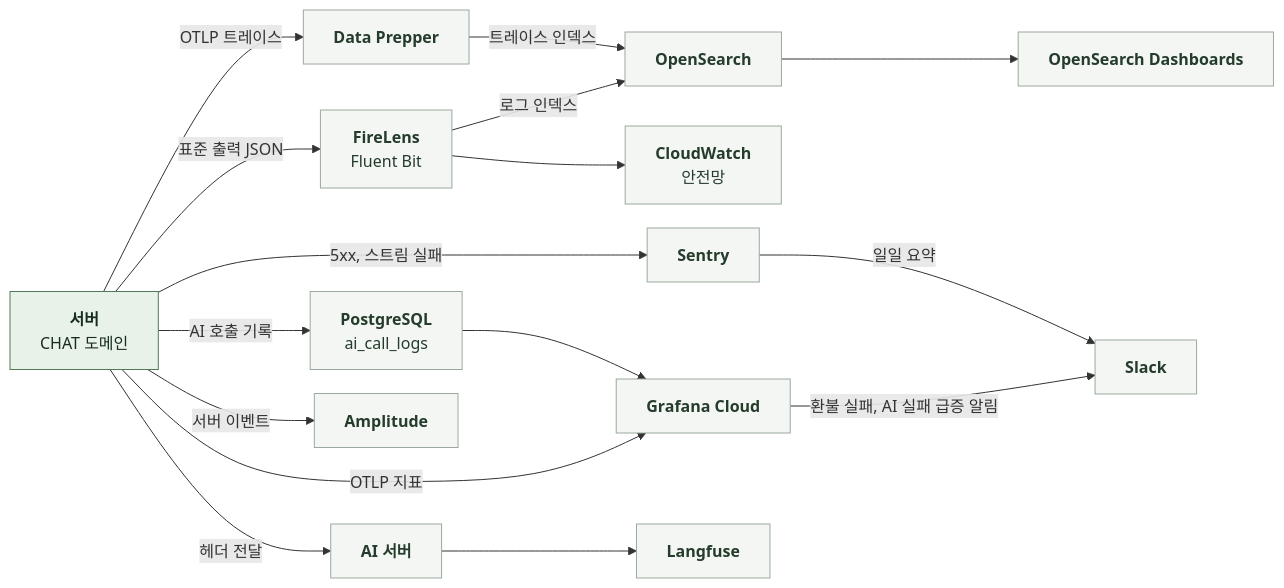
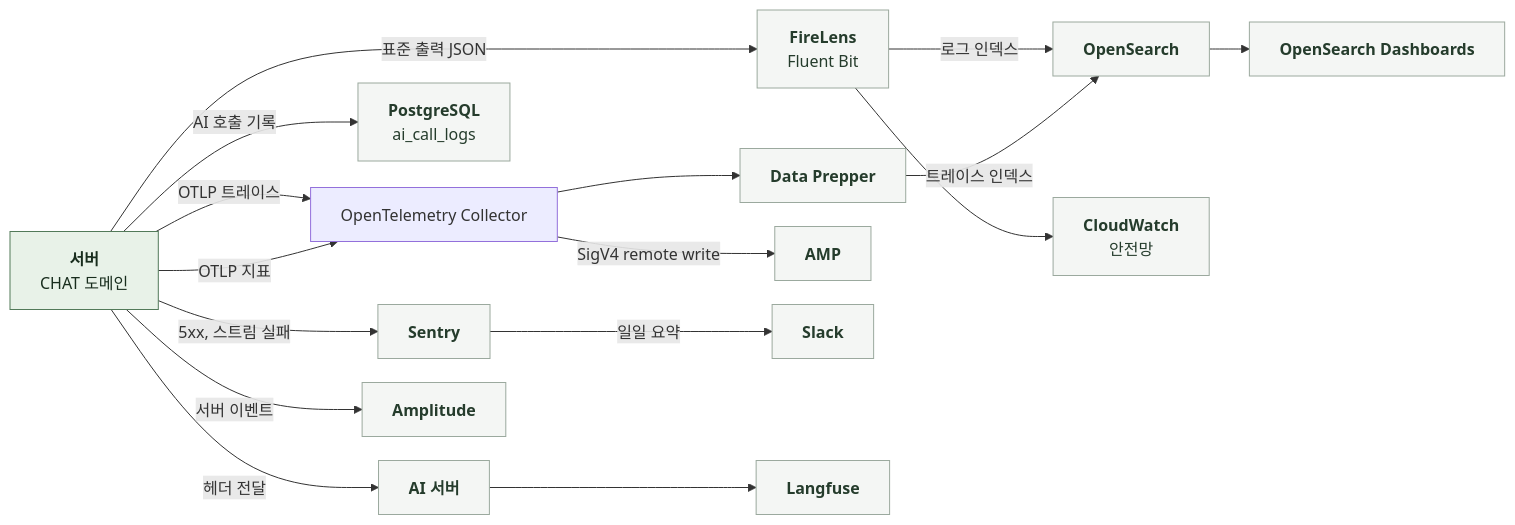
One commit to KIM-N-KANG/knk-harness changed the diagram in docs/domain/CHAT/BACKEND/5-4-OBSERVABILITY.md. Above: the diagram before and after it, drawn with Mermaid. The commit also changed other lines of this file and 342 other files, not shown here.

````diff
--- a/docs/domain/CHAT/BACKEND/5-4-OBSERVABILITY.md
+++ b/docs/domain/CHAT/BACKEND/5-4-OBSERVABILITY.md
@@ -11,28 +11,28 @@
 ```mermaid
 %%{init: {"flowchart": {"curve": "basis", "nodeSpacing": 24, "rankSpacing": 40}}}%%
 flowchart LR
     S["`**서버**
 CHAT 도메인`"]
     S -->|표준 출력 JSON| F["`**FireLens**
 Fluent Bit`"]
     F -->|로그 인덱스| OS["`**OpenSearch**`"]
     F --> CW["`**CloudWatch**
 안전망`"]
-    S -->|OTLP 트레이스| DP["`**Data Prepper**`"]
+    S -->|OTLP 트레이스| C["OpenTelemetry Collector"]
+    C --> DP["`**Data Prepper**`"]
     DP -->|트레이스 인덱스| OS
     OS --> OD["`**OpenSearch Dashboards**`"]
-    S -->|OTLP 지표| G["`**Grafana Cloud**`"]
+    S -->|OTLP 지표| C
+    C -->|SigV4 remote write| G["`**AMP**`"]
     S -->|AI 호출 기록| PG["`**PostgreSQL**
 ai_call_logs`"]
-    PG --> G
-    G -->|환불 실패, AI 실패 급증 알림| SL["`**Slack**`"]
     S -->|5xx, 스트림 실패| SE["`**Sentry**`"]
-    SE -->|일일 요약| SL
+    SE -->|일일 요약| SL["`**Slack**`"]
     S -->|헤더 전달| AI["`**AI 서버**`"]
     AI --> LF["`**Langfuse**`"]
     S -->|서버 이벤트| AM["`**Amplitude**`"]
     classDef comp fill:#E8F2E8,stroke:#527A59,color:#182D1D
     classDef ext fill:#F4F6F4,stroke:#9BA99E,color:#253C2C
     class S comp
     class F,OS,CW,DP,OD,G,PG,SE,SL,AI,LF,AM ext
 ```
````
